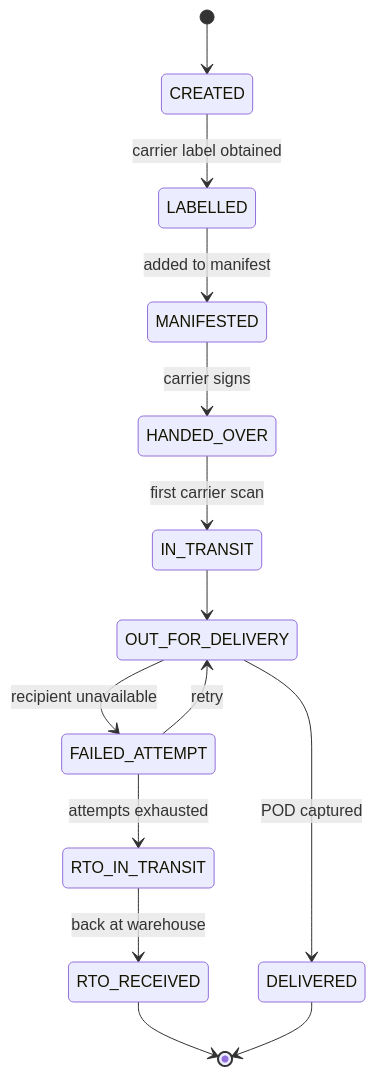
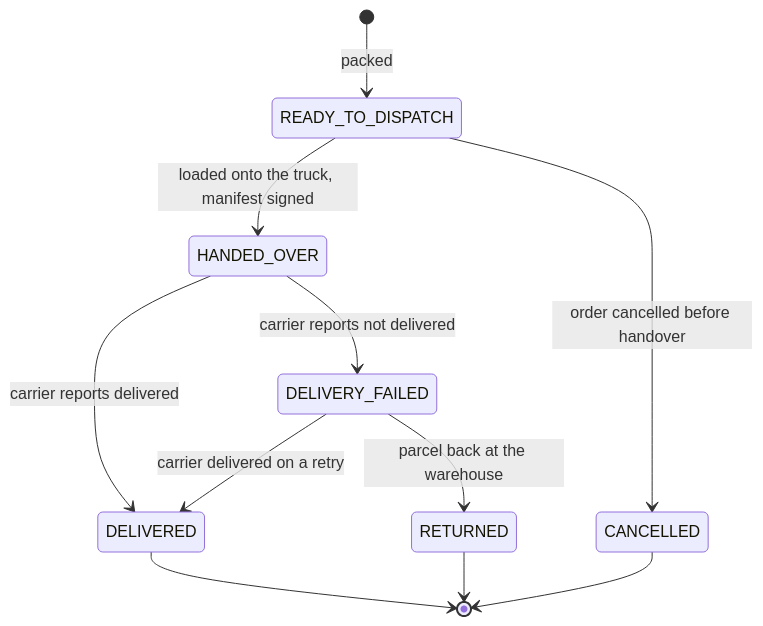
Before and after one commit to KLTN-FA26/be-backoffice-stockflow-commerce: diagram 11 of 17 in docs/business-design/03-state-machines.md, drawn with Mermaid. The commit also changed other lines of this file and 14 other files, not shown here.

First line of the commit message:
docs: B2B-only scope, printed cups & packaging, production and subcontracting flows (SCRUM-421)

````diff
--- a/docs/business-design/03-state-machines.md
+++ b/docs/business-design/03-state-machines.md
@@ -437,16 +450,13 @@
 ```mermaid
 stateDiagram-v2
-    [*] --> CREATED
-    CREATED --> LABELLED: carrier label obtained
-    LABELLED --> MANIFESTED: added to manifest
-    MANIFESTED --> HANDED_OVER: carrier signs
-    HANDED_OVER --> IN_TRANSIT: first carrier scan
-    IN_TRANSIT --> OUT_FOR_DELIVERY
-    OUT_FOR_DELIVERY --> DELIVERED: POD captured
-    OUT_FOR_DELIVERY --> FAILED_ATTEMPT: recipient unavailable
-    FAILED_ATTEMPT --> OUT_FOR_DELIVERY: retry
-    FAILED_ATTEMPT --> RTO_IN_TRANSIT: attempts exhausted
-    RTO_IN_TRANSIT --> RTO_RECEIVED: back at warehouse
-    RTO_RECEIVED --> [*]
+    [*] --> READY_TO_DISPATCH: packed
+    READY_TO_DISPATCH --> HANDED_OVER: loaded onto the truck, manifest signed
+    READY_TO_DISPATCH --> CANCELLED: order cancelled before handover
+    HANDED_OVER --> DELIVERED: carrier reports delivered
+    HANDED_OVER --> DELIVERY_FAILED: carrier reports not delivered
+    DELIVERY_FAILED --> DELIVERED: carrier delivered on a retry
+    DELIVERY_FAILED --> RETURNED: parcel back at the warehouse
     DELIVERED --> [*]
+    RETURNED --> [*]
+    CANCELLED --> [*]
 ```
````
